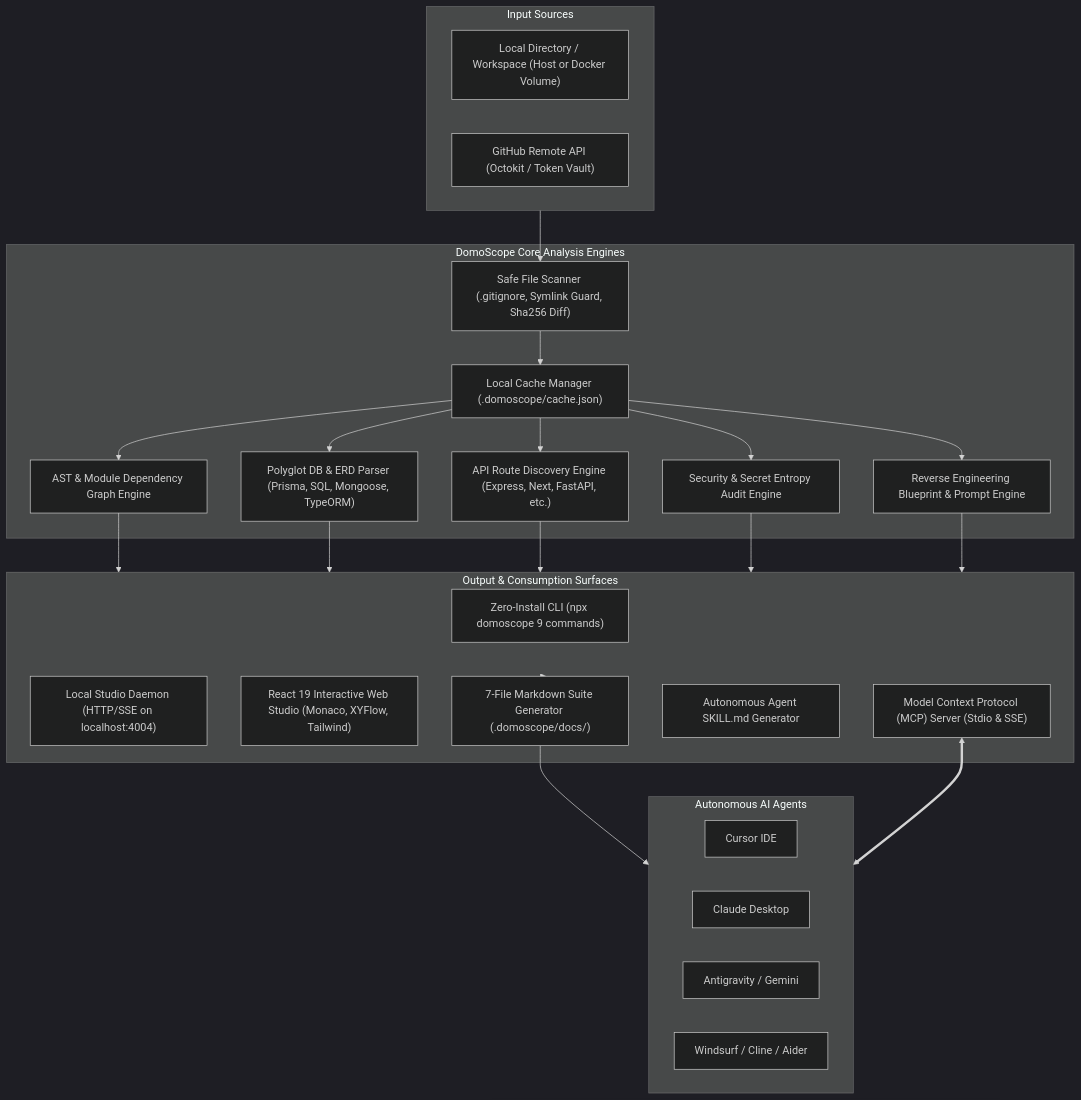
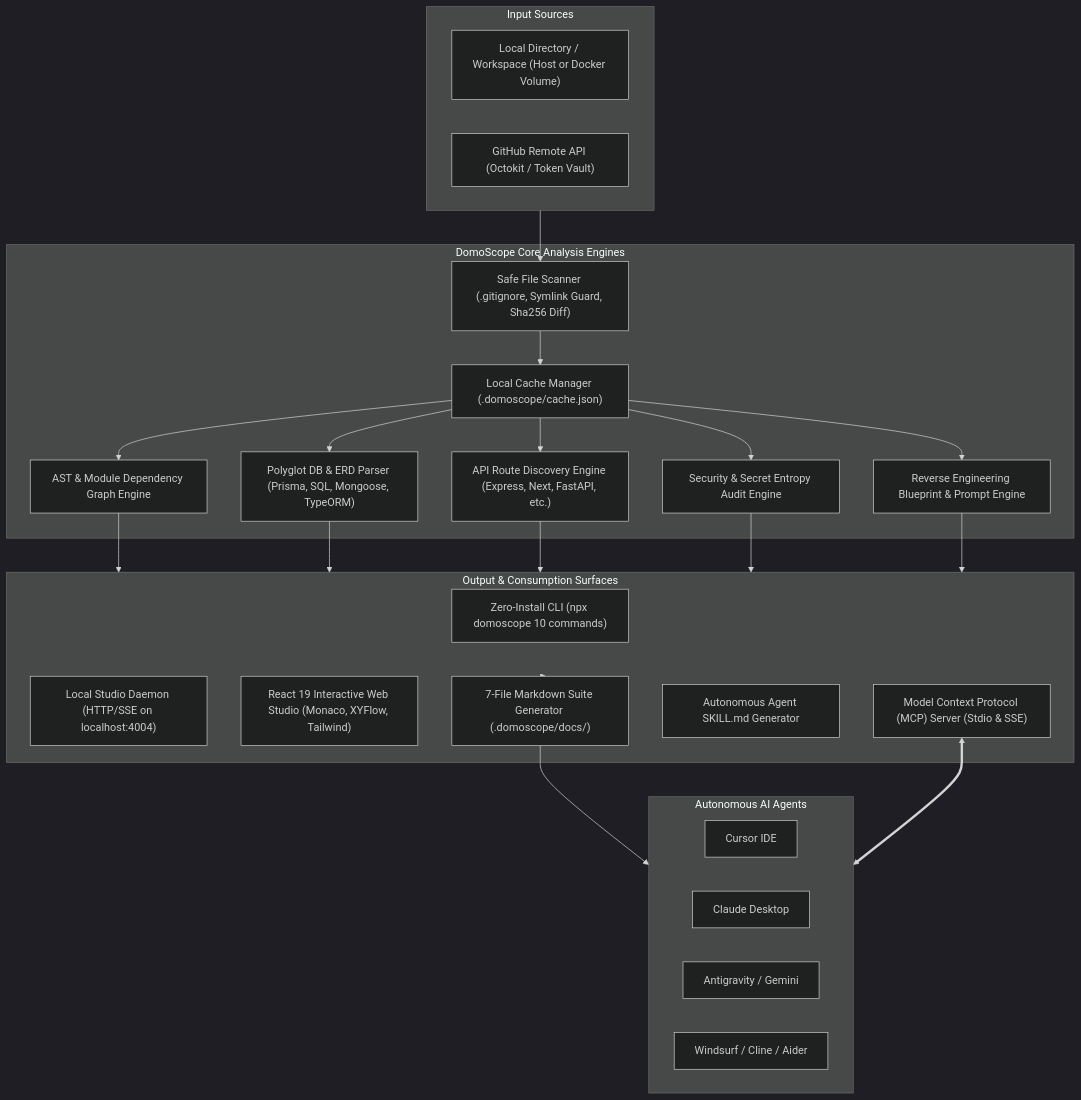
The diagram in SOT.md (darknecrocities/DomoScope), drawn with Mermaid (dark theme) before and after one commit. The commit also changed other lines of this file and 14 other files, not shown here.

Commit message:
feat: add dual-repository comparison & architectural grading across web studio and cli

````diff
--- a/SOT.md
+++ b/SOT.md
@@ -31,42 +31,42 @@
 ```mermaid
 flowchart TD
     subgraph InputSources ["Input Sources"]
         LocalRepo["Local Directory / Workspace (Host or Docker Volume)"]
         RemoteRepo["GitHub Remote API (Octokit / Token Vault)"]
     end
 
     subgraph CoreEngine ["DomoScope Core Analysis Engines"]
         Scanner["Safe File Scanner (.gitignore, Symlink Guard, Sha256 Diff)"]
         CacheMgr["Local Cache Manager (.domoscope/cache.json)"]
         ASTEngine["AST & Module Dependency Graph Engine"]
         DBParser["Polyglot DB & ERD Parser (Prisma, SQL, Mongoose, TypeORM)"]
         APICatalog["API Route Discovery Engine (Express, Next, FastAPI, etc.)"]
         SecurityScanner["Security & Secret Entropy Audit Engine"]
         ReverseEng["Reverse Engineering Blueprint & Prompt Engine"]
     end
 
     subgraph OutputSurfaces ["Output & Consumption Surfaces"]
-        CLI["Zero-Install CLI (npx domoscope 9 commands)"]
+        CLI["Zero-Install CLI (npx domoscope 10 commands)"]
         LocalServer["Local Studio Daemon (HTTP/SSE on localhost:4004)"]
         WebStudio["React 19 Interactive Web Studio (Monaco, XYFlow, Tailwind)"]
         DocsGen["7-File Markdown Suite Generator (.domoscope/docs/)"]
         SkillGen["Autonomous Agent SKILL.md Generator"]
         MCPEngine["Model Context Protocol (MCP) Server (Stdio & SSE)"]
     end
 
     subgraph AIAgents ["Autonomous AI Agents"]
         AgentCursor["Cursor IDE"]
         AgentClaude["Claude Desktop"]
         AgentAntigravity["Antigravity / Gemini"]
         AgentOther["Windsurf / Cline / Aider"]
     end
 
     InputSources --> Scanner
     Scanner --> CacheMgr
     CacheMgr --> ASTEngine & DBParser & APICatalog & SecurityScanner & ReverseEng
     
     ASTEngine & DBParser & APICatalog & SecurityScanner & ReverseEng --> OutputSurfaces
     OutputSurfaces --> DocsGen
     DocsGen --> AIAgents
     MCPEngine <==> AIAgents
 ```
````
